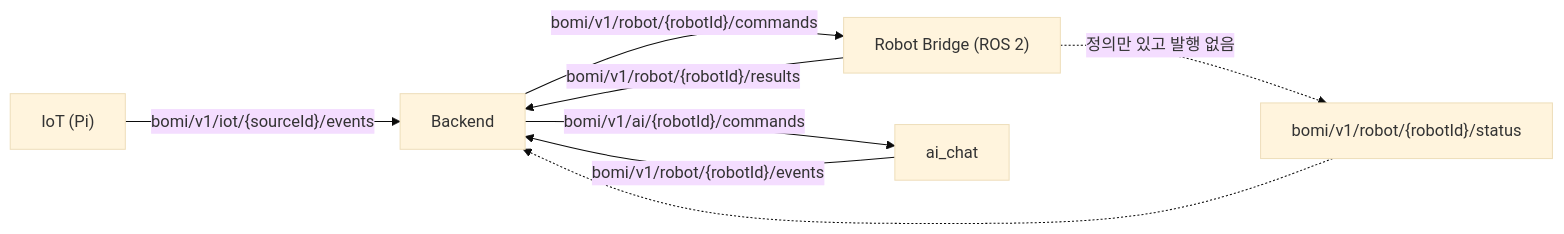
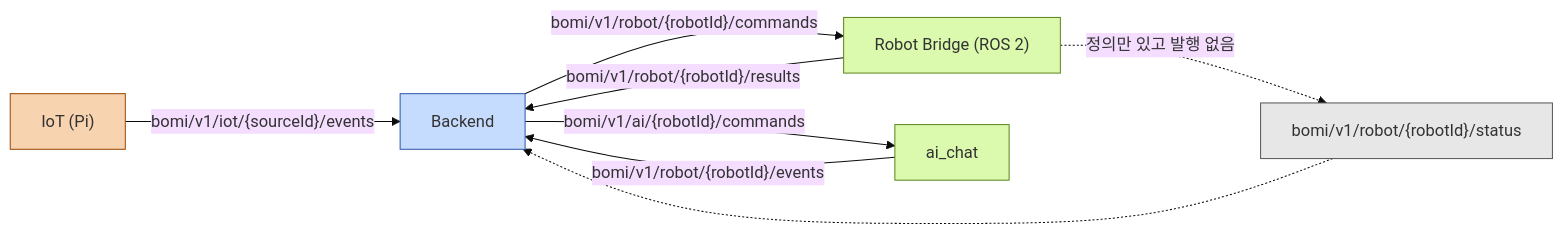
The diagram in docs/scenario/실기 통합 가이드.md (bomi-aiot/BOMI), drawn with Mermaid (base theme) before and after one commit. The commit also changed 13 other files, not shown here.

First line of the commit message:
docs: 문서 다이어그램 팔레트 통일과 배치 정리

````diff
--- a/docs/scenario/실기 통합 가이드.md
+++ b/docs/scenario/실기 통합 가이드.md
@@ -18,10 +18,15 @@
 ```mermaid
 flowchart LR
-    IOT["IoT (Pi)"] -->|"bomi/v1/iot/{sourceId}/events"| BE[Backend]
-    BE -->|"bomi/v1/robot/{robotId}/commands"| BR["Robot Bridge (ROS 2)"]
+    IOT["IoT (Pi)"]:::iot -->|"bomi/v1/iot/{sourceId}/events"| BE[Backend]:::backend
+    BE -->|"bomi/v1/robot/{robotId}/commands"| BR["Robot Bridge (ROS 2)"]:::robot
     BR -->|"bomi/v1/robot/{robotId}/results"| BE
-    BE -->|"bomi/v1/ai/{robotId}/commands"| AI["ai_chat"]
+    BE -->|"bomi/v1/ai/{robotId}/commands"| AI["ai_chat"]:::robot
     AI -->|"bomi/v1/robot/{robotId}/events"| BE
-    BR -. "정의만 있고 발행 없음" .-> ST["bomi/v1/robot/{robotId}/status"]
+    BR -. "정의만 있고 발행 없음" .-> ST["bomi/v1/robot/{robotId}/status"]:::dead
     ST -.-> BE
+
+    classDef iot fill:#f8d3af,stroke:#9b4a07
+    classDef backend fill:#c6dcff,stroke:#305bab
+    classDef robot fill:#dbfaad,stroke:#608520
+    classDef dead fill:#e7e7e7,stroke:#595959
 ```
````
